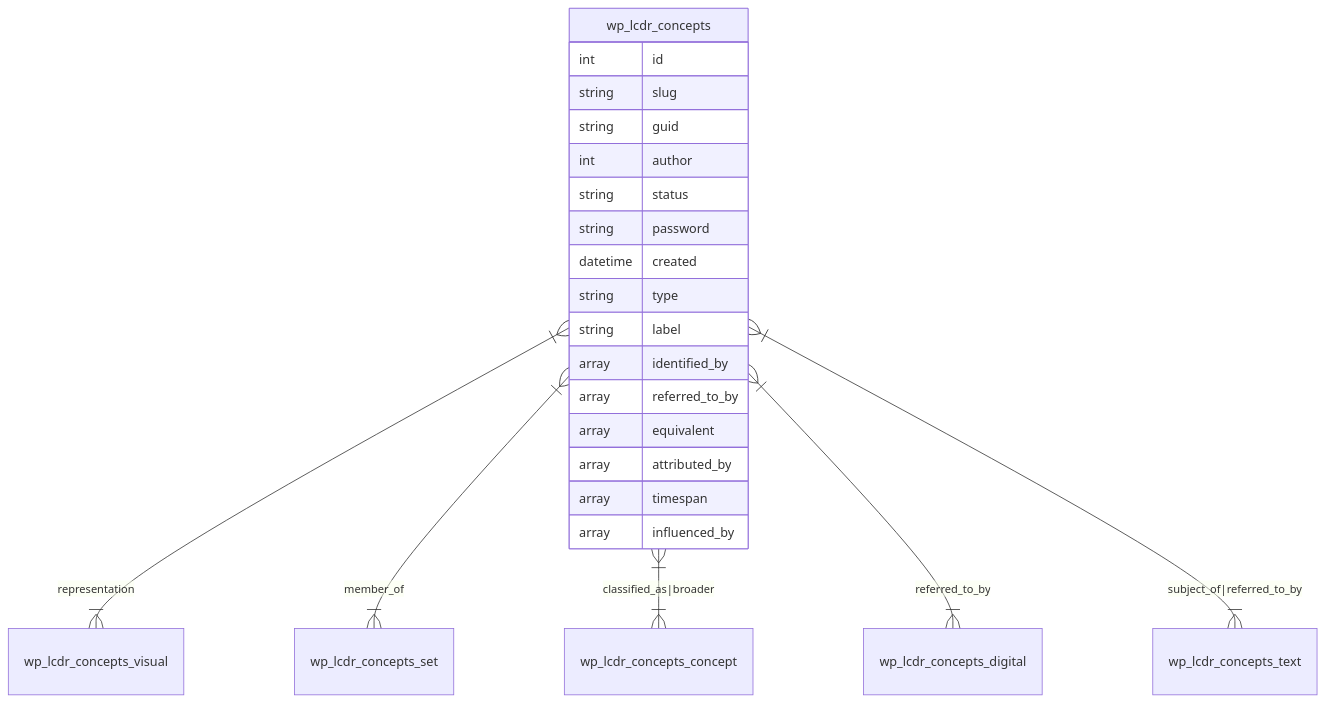
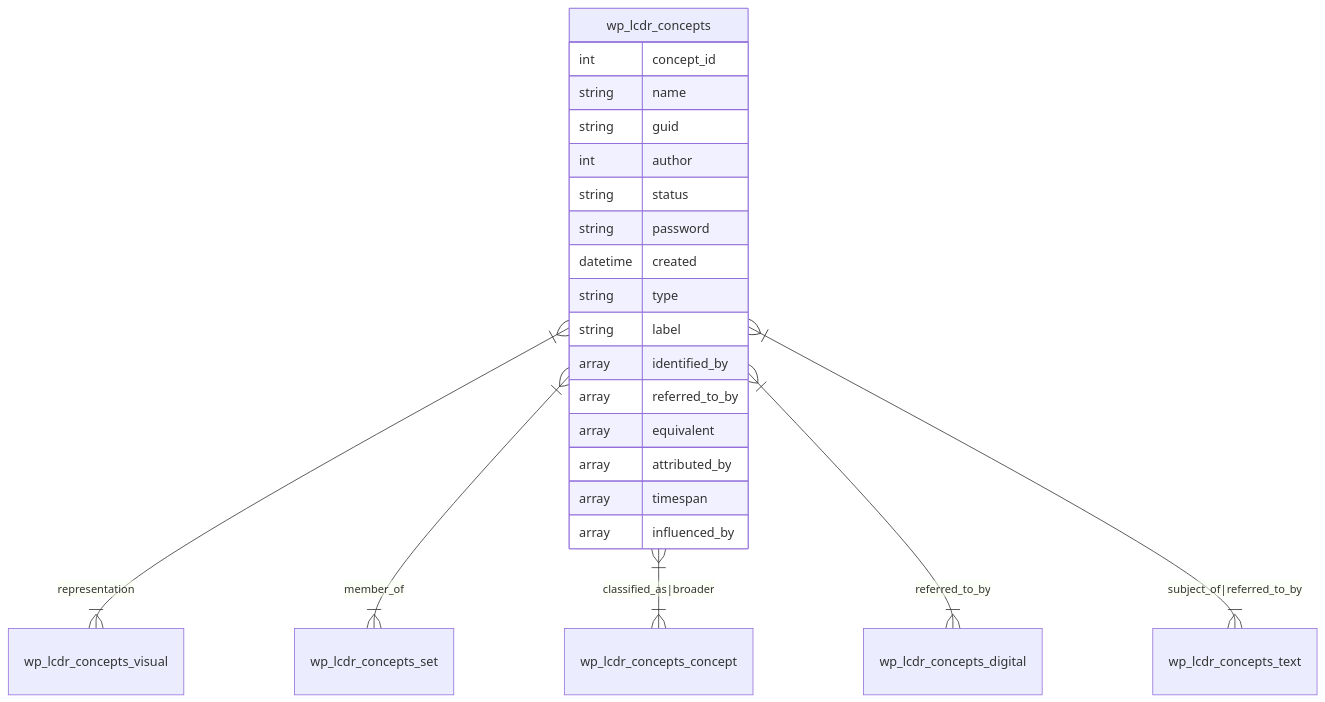
One commit to hgodinho/elucidario changed the diagram in publications/dissertacao-mestrado/content/pt-br/elucidario/mdorim/mysql/concept.md. Above: the diagram before and after it, drawn with Mermaid. The commit also changed 21 other files, not shown here.

````diff
--- a/publications/dissertacao-mestrado/content/pt-br/elucidario/mdorim/mysql/concept.md
+++ b/publications/dissertacao-mestrado/content/pt-br/elucidario/mdorim/mysql/concept.md
@@ -9,27 +9,27 @@
 ```mermaid
     erDiagram
         wp_lcdr_concepts {
-            int id
-            string slug
+            int concept_id
+            string name
             string guid
             int author
             string status
             string password
             datetime created
 
             string type
             string label
             array identified_by
             array referred_to_by
             array equivalent
             array attributed_by
             array timespan
             array influenced_by
         }
 
         wp_lcdr_concepts }|--|{ wp_lcdr_concepts_visual : "representation"
         wp_lcdr_concepts }|--|{ wp_lcdr_concepts_set : "member_of"
         wp_lcdr_concepts }|--|{ wp_lcdr_concepts_concept : "classified_as|broader"
         wp_lcdr_concepts }|--|{ wp_lcdr_concepts_digital : "referred_to_by"
         wp_lcdr_concepts }|--|{ wp_lcdr_concepts_text : "subject_of|referred_to_by"
 ```
````
